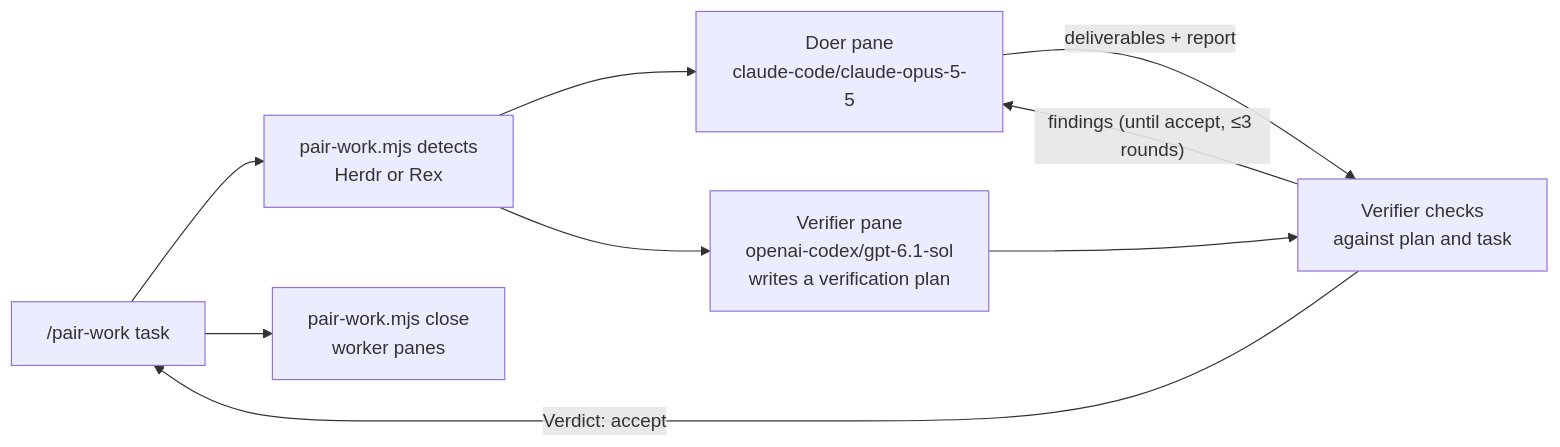
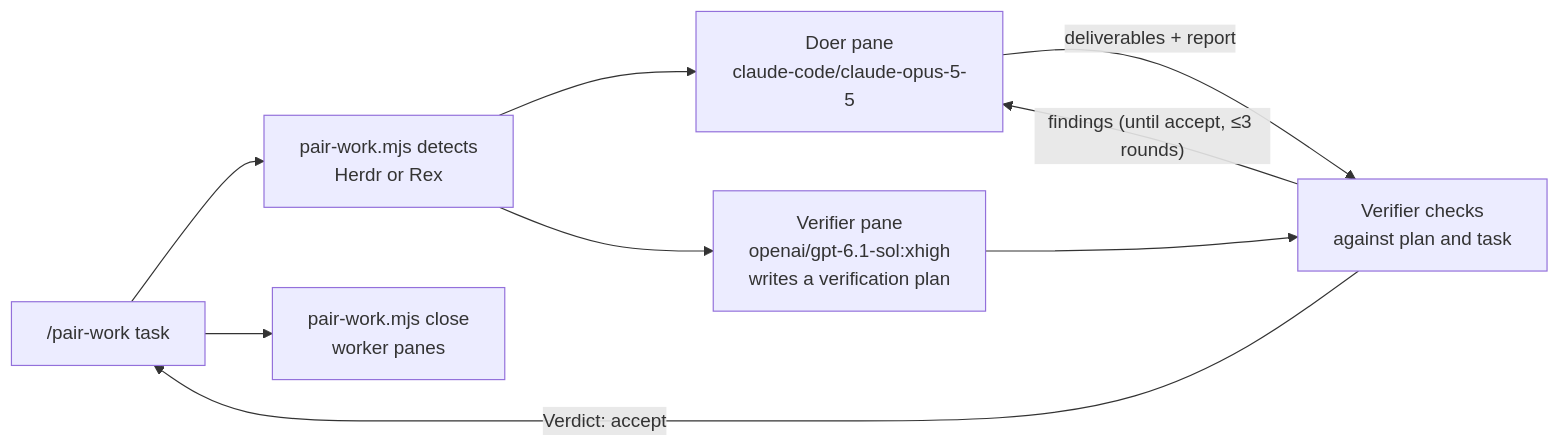
Before and after one commit to ulvestuen/pi-kit: the diagram in skills/pair-work/SKILL.md, drawn with Mermaid. The commit also changed other lines of this file and 12 other files, not shown here.

Commit message:
Default pair auditors and reviewers to openai/gpt-6.1-sol:xhigh

````diff
--- a/skills/pair-work/SKILL.md
+++ b/skills/pair-work/SKILL.md
@@ -8,11 +8,11 @@
 ```mermaid
 flowchart LR
     you["/pair-work task"] --> detect["pair-work.mjs detects<br/>Herdr or Rex"]
     detect --> doer["Doer pane<br/>claude-code/claude-opus-5-5"]
-    detect --> plan["Verifier pane<br/>openai-codex/gpt-6.1-sol<br/>writes a verification plan"]
+    detect --> plan["Verifier pane<br/>openai/gpt-6.1-sol:xhigh<br/>writes a verification plan"]
     doer -- "deliverables + report" --> verify["Verifier checks<br/>against plan and task"]
     plan --> verify
     verify -- "findings (until accept, ≤3 rounds)" --> doer
     verify -- "Verdict: accept" --> you
     you --> close["pair-work.mjs close<br/>worker panes"]
 ```
````
